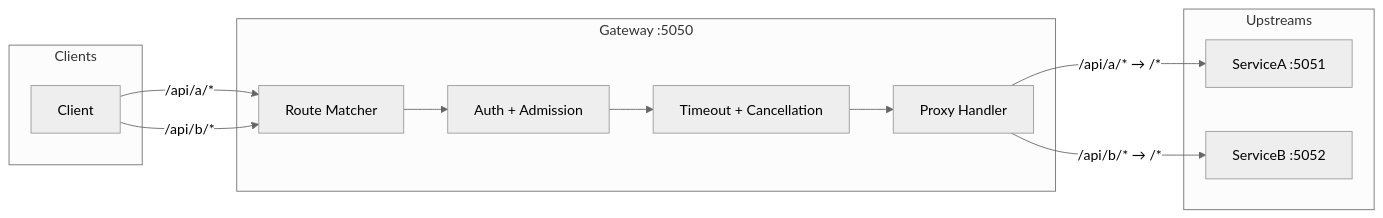
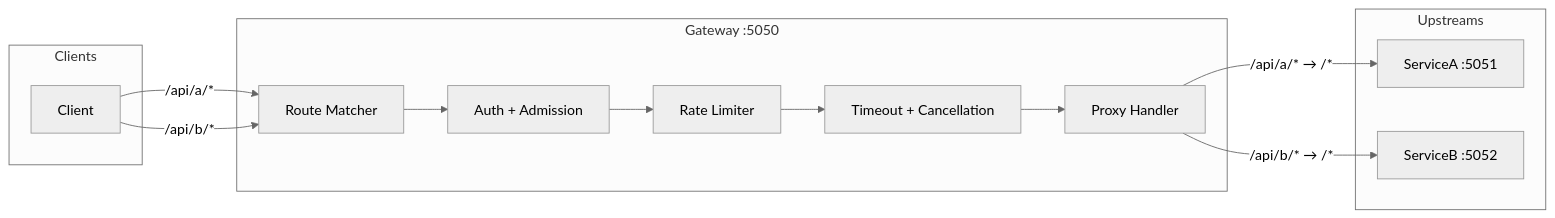
The third of 3 diagrams in README.md (Am64r/mini-gateway), drawn with Mermaid (neutral theme) before and after one commit. The commit also changed other lines of this file and 5 other files, not shown here.

````diff
--- a/README.md
+++ b/README.md
@@ -47,24 +50,25 @@
 ```mermaid
 flowchart LR
     subgraph Clients
         C1[Client]
     end
 
     subgraph Gateway[Gateway :5050]
         R[Route Matcher]
         A0[Auth + Admission]
+        RL[Rate Limiter]
         T[Timeout + Cancellation]
         P[Proxy Handler]
     end
 
     subgraph Upstreams
         A[ServiceA :5051]
         B[ServiceB :5052]
     end
 
     C1 -->|/api/a/*| R
     C1 -->|/api/b/*| R
-    R --> A0 --> T --> P
+    R --> A0 --> RL --> T --> P
     P -->|/api/a/* → /*| A
     P -->|/api/b/* → /*| B
 ```
````
